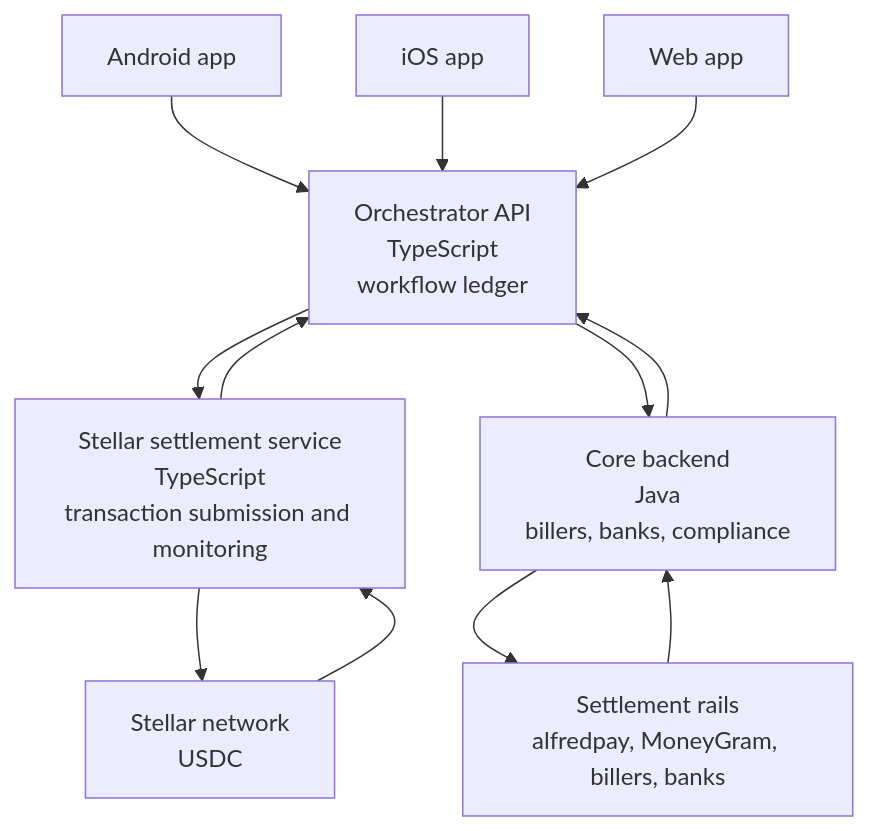
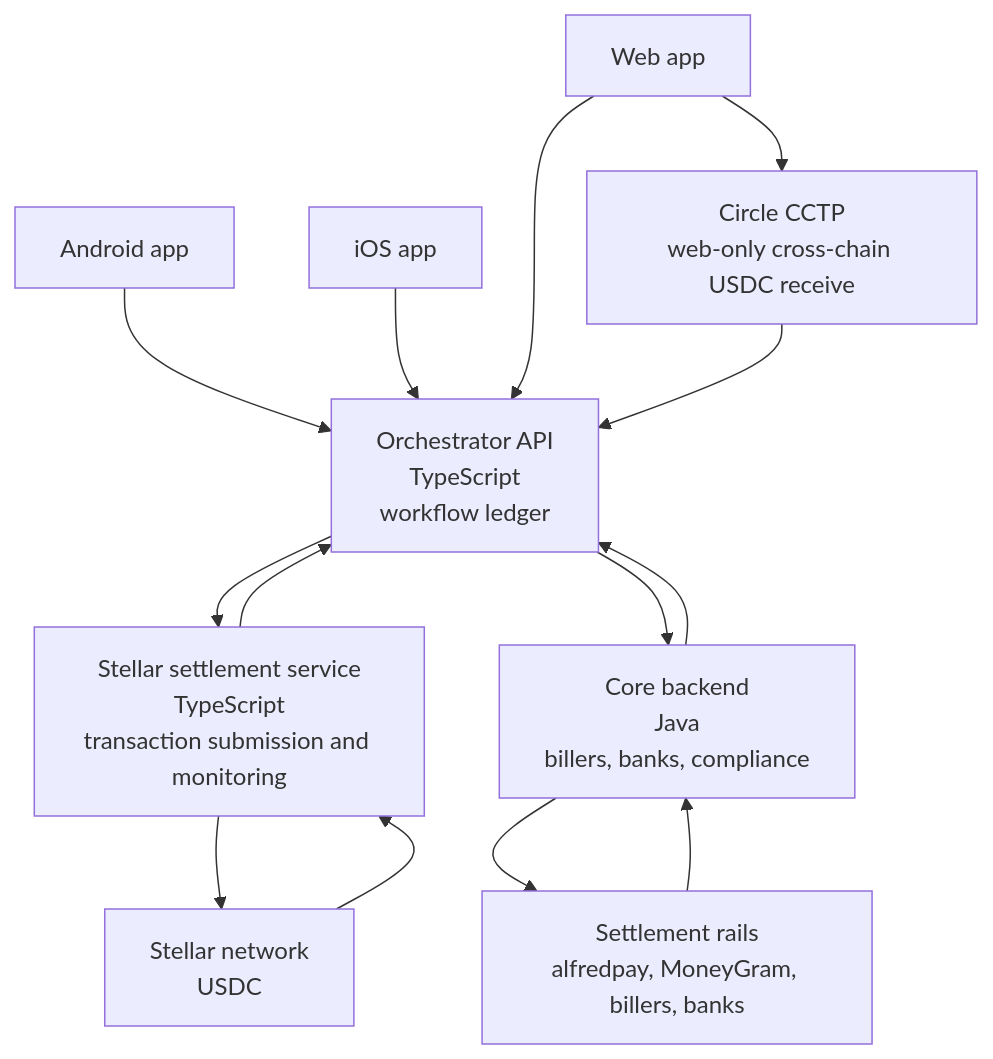
The diagram in docs/architecture.md (unfodl/saldo_architecture), drawn with Mermaid before and after one commit. The commit also changed other lines of this file and 5 other files, not shown here.

Commit message:
Add Circle CCTP web wallet receive flow

````diff
--- a/docs/architecture.md
+++ b/docs/architecture.md
@@ -7,24 +7,27 @@
 ```mermaid
 flowchart TD
     android[Android app]
     ios[iOS app]
     web[Web app]
 
     orchestrator[Orchestrator API<br/>TypeScript<br/>workflow ledger]
     stellar[Stellar settlement service<br/>TypeScript<br/>transaction submission and monitoring]
     core[Core backend<br/>Java<br/>billers, banks, compliance]
     rails[Settlement rails<br/>alfredpay, MoneyGram, billers, banks]
+    cctp[Circle CCTP<br/>web-only cross-chain USDC receive]
     network[Stellar network<br/>USDC]
 
     android --> orchestrator
     ios --> orchestrator
     web --> orchestrator
+    web --> cctp
+    cctp --> orchestrator
     orchestrator --> stellar
     orchestrator --> core
     stellar --> network
     network --> stellar
     core --> rails
     rails --> core
     stellar --> orchestrator
     core --> orchestrator
 ```
````
